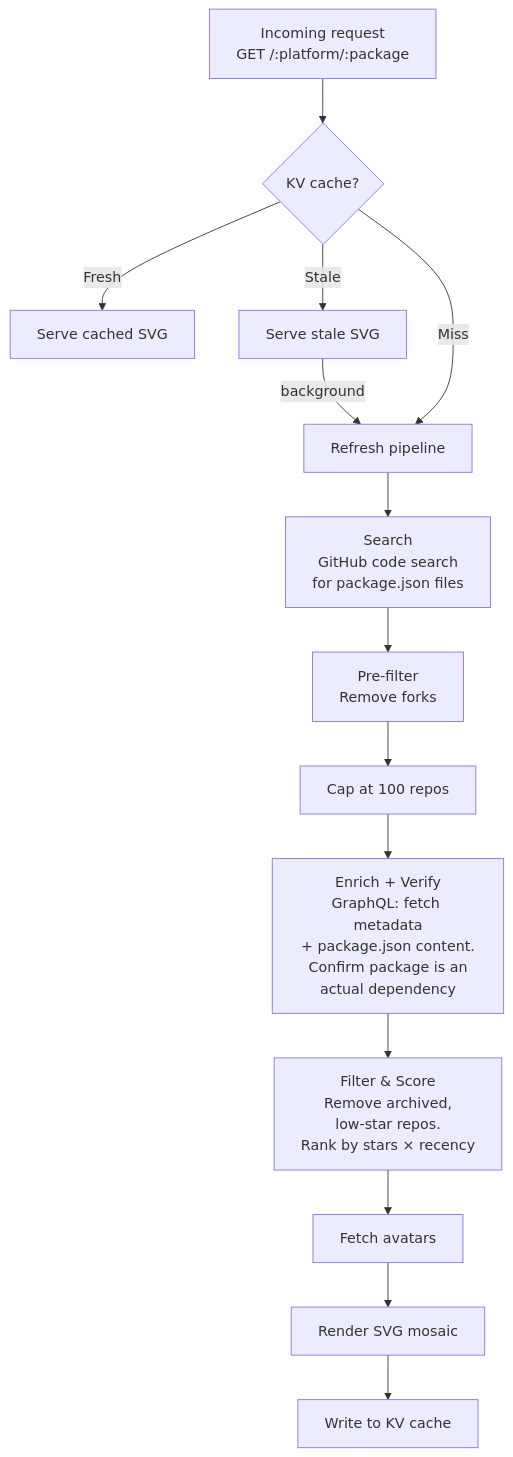
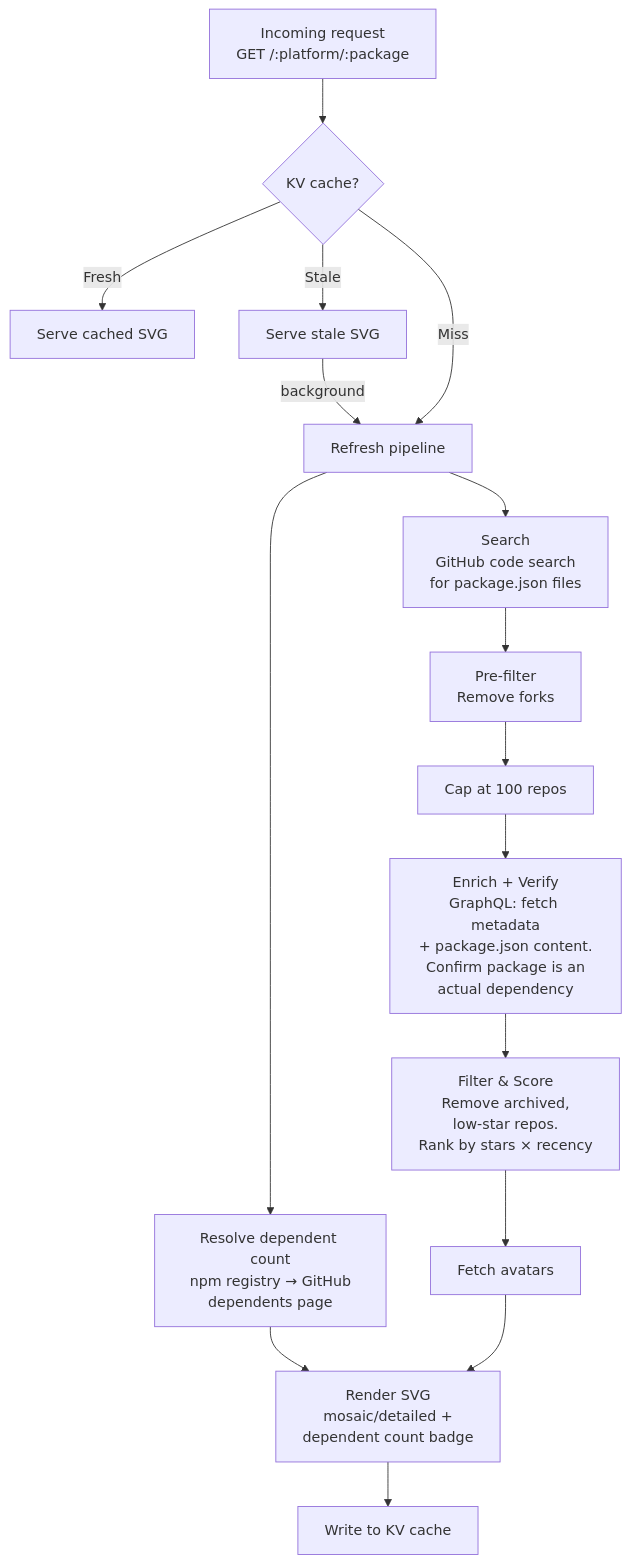
The diagram in apps/worker/README.md (sarahdayan/usedby.dev), drawn with Mermaid before and after one commit. The commit also changed other lines of this file, not shown here.

````diff
--- a/apps/worker/README.md
+++ b/apps/worker/README.md
@@ -7,17 +7,19 @@
 ```mermaid
 flowchart TD
     A["Incoming request<br/>GET /:platform/:package"] --> B{KV cache?}
     B -- Fresh --> C[Serve cached SVG]
     B -- Stale --> D[Serve stale SVG]
     D -- background --> E[Refresh pipeline]
     B -- Miss --> E
 
     E --> F["Search<br/>GitHub code search<br/>for package.json files"]
+    E --> F2["Resolve dependent count<br/>npm registry → GitHub<br/>dependents page"]
     F --> G["Pre-filter<br/>Remove forks"]
     G --> H["Cap at 100 repos"]
     H --> I["Enrich + Verify<br/>GraphQL: fetch metadata<br/>+ package.json content.<br/>Confirm package is an<br/>actual dependency"]
     I --> J["Filter & Score<br/>Remove archived,<br/>low-star repos.<br/>Rank by stars × recency"]
     J --> K[Fetch avatars]
-    K --> L[Render SVG mosaic]
+    F2 --> L
+    K --> L["Render SVG<br/>mosaic/detailed +<br/>dependent count badge"]
     L --> M[Write to KV cache]
 ```
````
